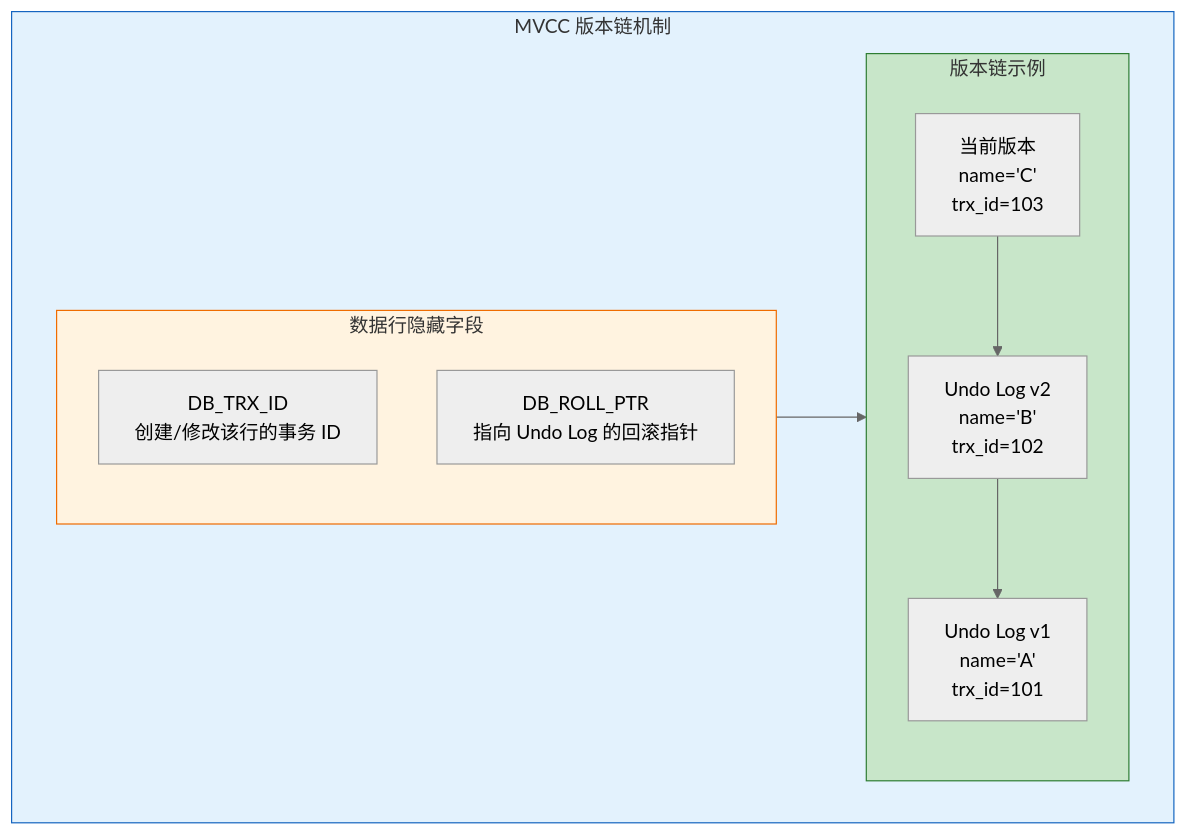
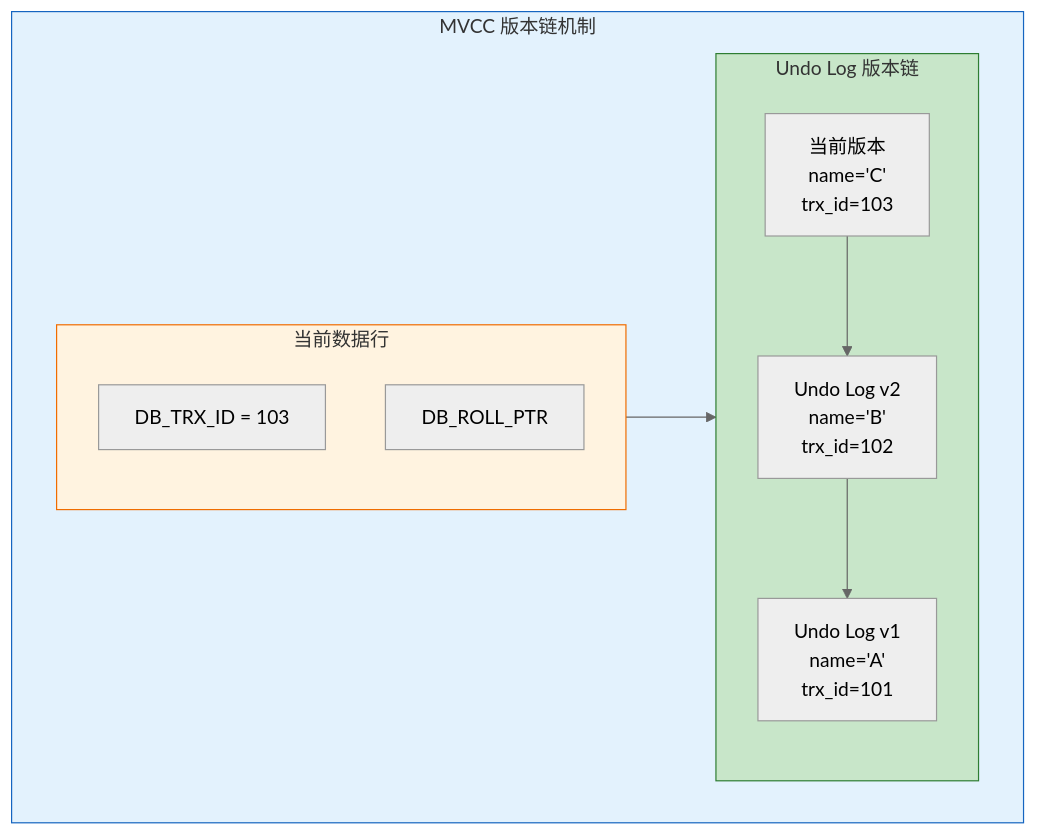
Before and after one commit to watslab/interview_doc: the fifth of 8 diagrams in document/MySQL/MySQL 三大日志详解.md, drawn with Mermaid (neutral theme). The commit also changed other lines of this file and 4 other files, not shown here.

````diff
--- a/document/MySQL/MySQL 三大日志详解.md
+++ b/document/MySQL/MySQL 三大日志详解.md
@@ -238,22 +306,22 @@
 ```mermaid
 flowchart TB
     subgraph MVCC["MVCC 版本链机制"]
-        subgraph Row["数据行隐藏字段"]
-            TRX["DB_TRX_ID<br/>创建/修改该行的事务 ID"]
-            ROLL["DB_ROLL_PTR<br/>指向 Undo Log 的回滚指针"]
+        subgraph Row["当前数据行"]
+            TRX["DB_TRX_ID = 103"]
+            ROLL["DB_ROLL_PTR"]
         end
         
-        subgraph Chain["版本链示例"]
+        subgraph Chain["Undo Log 版本链"]
             V3["当前版本<br/>name='C'<br/>trx_id=103"]
             V2["Undo Log v2<br/>name='B'<br/>trx_id=102"]
             V1["Undo Log v1<br/>name='A'<br/>trx_id=101"]
         end
         
         Row --> Chain
         V3 --> V2 --> V1
     end
     
     style MVCC fill:#e3f2fd,stroke:#1565c0
     style Row fill:#fff3e0,stroke:#ef6c00
     style Chain fill:#c8e6c9,stroke:#2e7d32
 ```
````
